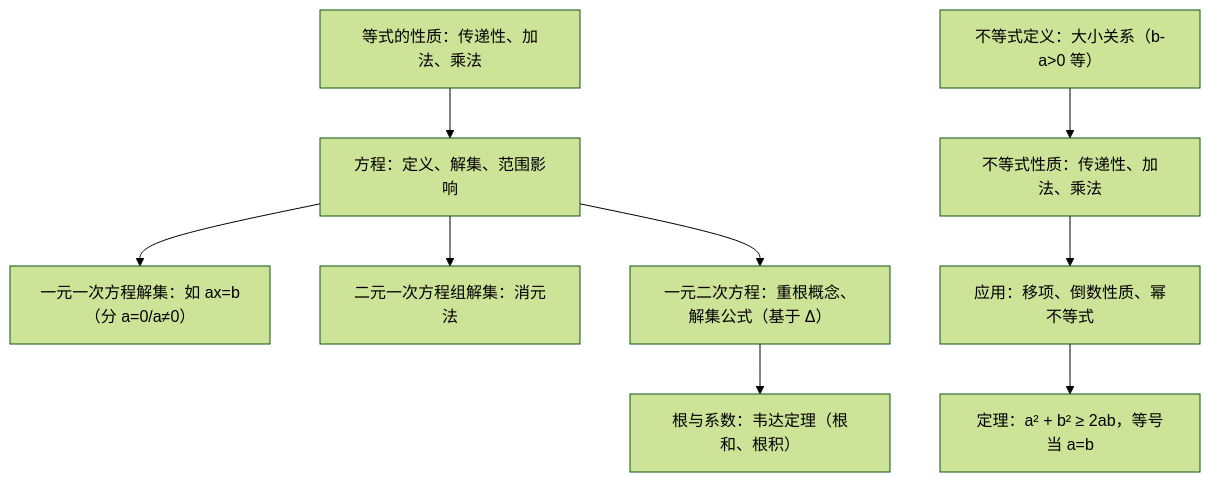
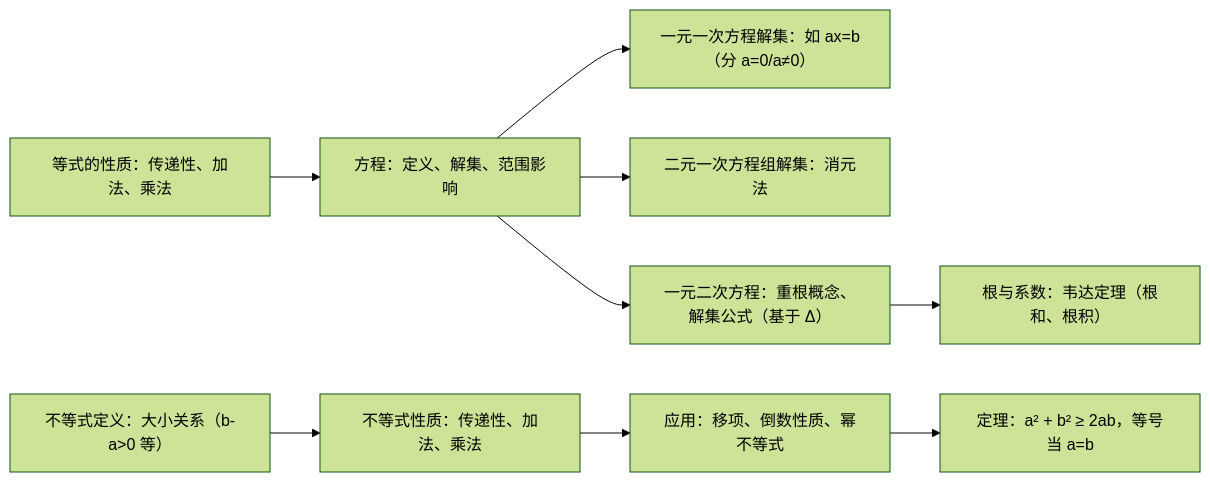
The diagram in 小陈错题/复习/第二章 等式与不等式/2.1 等式与不等式的性质.md (baibaichen/Blog2), drawn with Mermaid (forest theme) before and after one commit. The commit also changed other lines of this file and 3 other files, not shown here.

````diff
--- a/小陈错题/复习/第二章 等式与不等式/2.1 等式与不等式的性质.md
+++ b/小陈错题/复习/第二章 等式与不等式/2.1 等式与不等式的性质.md
@@ -52,22 +52,22 @@
 ```mermaid
-flowchart TD
+flowchart LR
   A1["等式的性质：传递性、加法、乘法"]
   A2["方程：定义、解集、范围影响"]
   A3["一元一次方程解集：如 ax=b（分 a=0/a≠0）"]
   A4["二元一次方程组解集：消元法"]
   B1["一元二次方程：重根概念、解集公式（基于 Δ）"]
   B2["根与系数：韦达定理（根和、根积）"]
   C1["不等式定义：大小关系（b-a>0 等）"]
   C2["不等式性质：传递性、加法、乘法"]
   C3["应用：移项、倒数性质、幂不等式"]
   C4["定理：a² + b² ≥ 2ab，等号当 a=b"]
   
   A1 --> A2
   A2 --> A3
   A2 --> A4
   A2 --> B1
   B1 --> B2
   C1 --> C2
   C2 --> C3
   C3 --> C4
 ```
````
